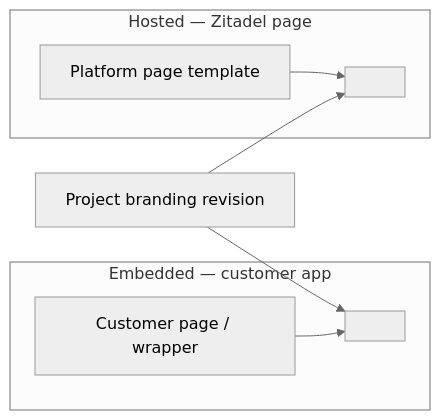
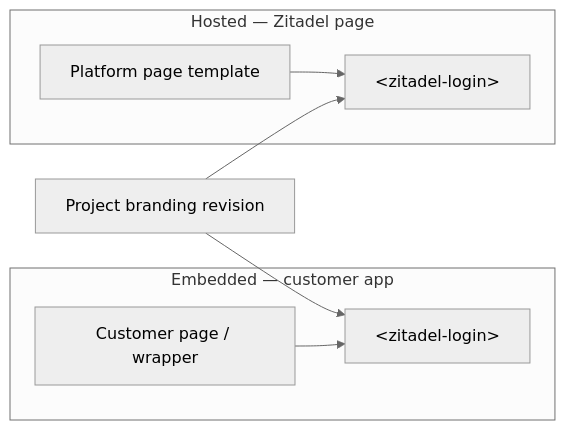
The first of 5 diagrams in docs/design/branding/customization-strategy.md (zitadel/nextgen), drawn with Mermaid (neutral theme) before and after one commit. The commit also changed other lines of this file, not shown here.

First line of the commit message:
docs: show zitadel-login labels on customization graphs

````diff
--- a/docs/design/branding/customization-strategy.md
+++ b/docs/design/branding/customization-strategy.md
@@ -73,16 +73,16 @@
 ```mermaid
 flowchart LR
   subgraph embedded [Embedded — customer app]
     Page[Customer page / wrapper]
-    W1["<zitadel-login>"]
+    W1["#lt;zitadel-login#gt;"]
     Page --> W1
   end
   subgraph hosted [Hosted — Zitadel page]
     Shell[Platform page template]
-    W2["<zitadel-login>"]
+    W2["#lt;zitadel-login#gt;"]
     Shell --> W2
   end
   Branding[Project branding revision]
   Branding --> W1
   Branding --> W2
 ```
````
